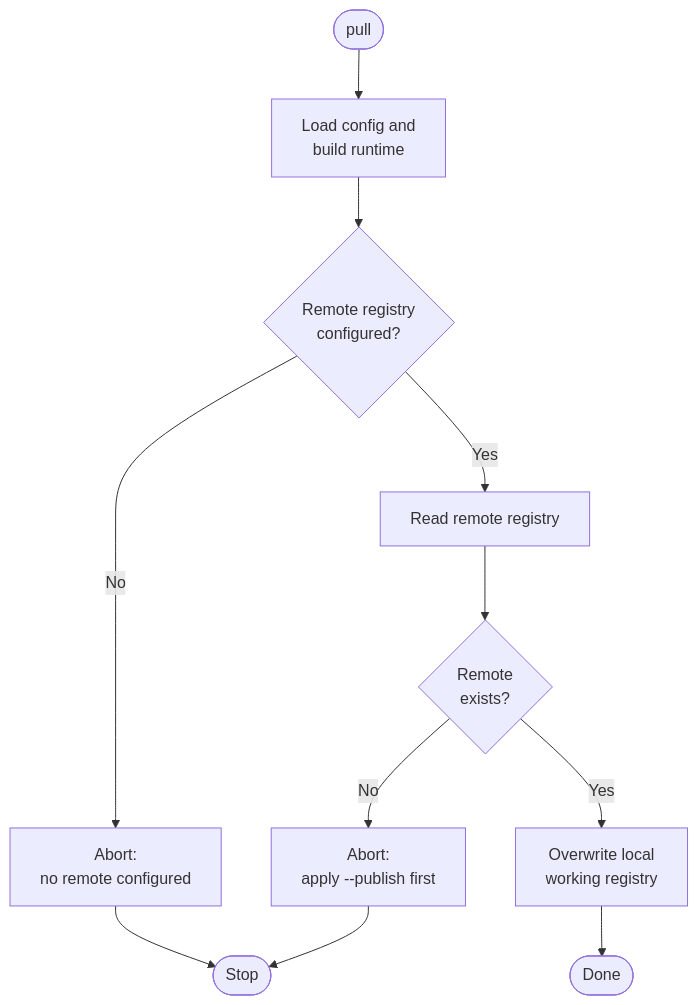
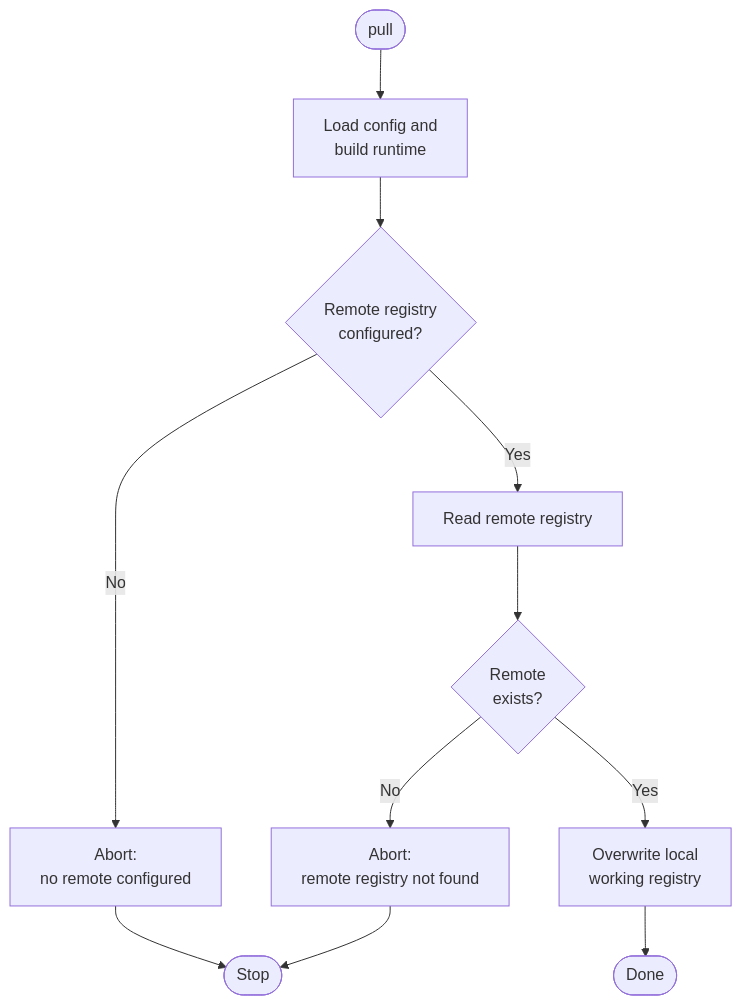
One commit to fedaipaca/kitefs changed the fourth of 10 diagrams in docs/03-system-behavior.md. Above: the diagram before and after it, drawn with Mermaid. The commit also changed other lines of this file and 3 other files, not shown here.

````diff
--- a/docs/03-system-behavior.md
+++ b/docs/03-system-behavior.md
@@ -233,13 +233,13 @@
 ```mermaid
 flowchart TD
     START(["pull"]) --> LOAD["Load config and<br>build runtime"]
     LOAD --> CONFIG{"Remote registry<br>configured?"}
     CONFIG -- No --> NO_REMOTE["Abort:<br>no remote configured"]
     NO_REMOTE --> END_FAIL(["Stop"])
     CONFIG -- Yes --> READ["Read remote registry"]
     READ --> EXISTS{"Remote<br>exists?"}
-    EXISTS -- No --> NOT_FOUND["Abort:<br>apply --publish first"]
+    EXISTS -- No --> NOT_FOUND["Abort:<br>remote registry not found"]
     NOT_FOUND --> END_FAIL
     EXISTS -- Yes --> OVERWRITE["Overwrite local<br>working registry"]
     OVERWRITE --> END_OK(["Done"])
 ```
````
